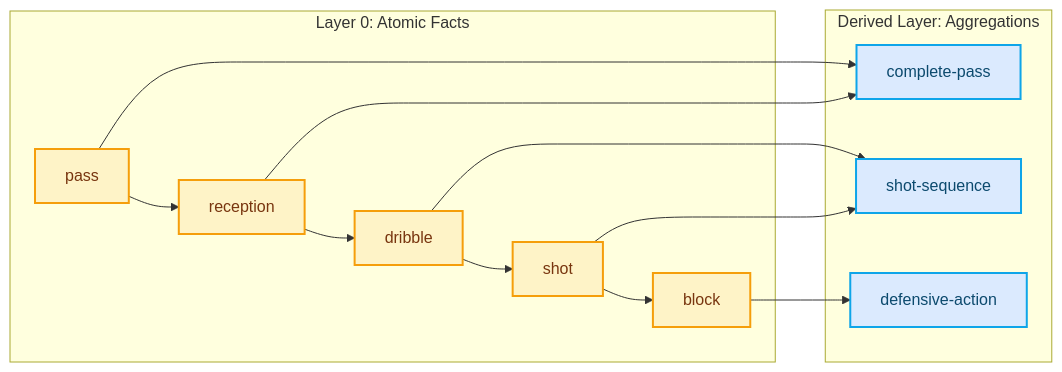
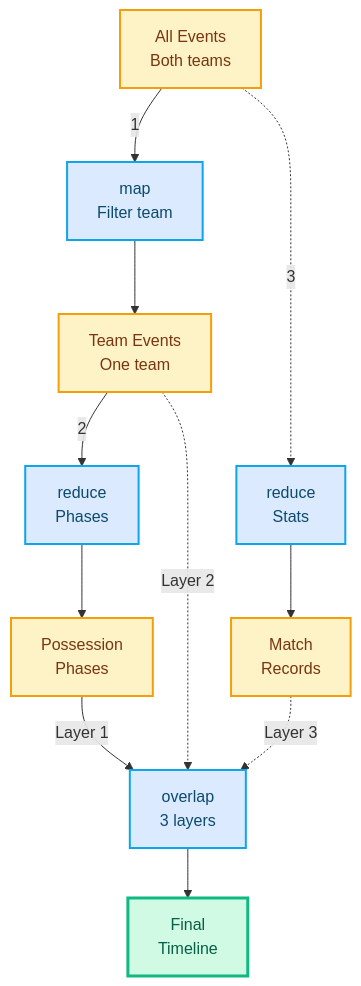
The first of 3 diagrams in src/pages/portfolio/statsbomb.mdx (saadshahd/saadshahd.github.io), drawn with Mermaid before and after one commit. The commit also changed other lines of this file and 1 other file, not shown here.

First line of the commit message:
Expand Statsbomb case study with detailed DSL examples and phase-driven architecture

````diff
--- a/src/pages/portfolio/statsbomb.mdx
+++ b/src/pages/portfolio/statsbomb.mdx
@@ -146,20 +224,46 @@
 ```mermaid
-graph LR
-    subgraph "Layer 0: Atomic Facts"
-        P1[pass] --> R1[reception]
-        R1 --> D1[dribble]
-        D1 --> S1[shot]
-        S1 --> B1[block]
-    end
+graph TD
+    L0["All Events
+    Both teams"]
 
-    subgraph "Derived Layer: Aggregations"
-        P1 & R1 --> CP[complete-pass]
-        D1 & S1 --> SOT[shot-sequence]
-        B1 --> DA[defensive-action]
-    end
+    MAP["map
+    Filter team"]
+    L1["Team Events
+    One team"]
 
-    classDef atomic fill:#FEF3C7,stroke:#F59E0B,stroke-width:2px,color:#78350F
-    classDef derived fill:#DBEAFE,stroke:#0EA5E9,stroke-width:2px,color:#0C4A6E
-    class P1,R1,D1,S1,B1 atomic
-    class CP,SOT,DA derived
+    RED1["reduce
+    Phases"]
+    L2["Possession
+    Phases"]
+
+    RED2["reduce
+    Stats"]
+    L3["Match
+    Records"]
+
+    OVL["overlap
+    3 layers"]
+    L4["Final
+    Timeline"]
+
+    L0 -->|1| MAP
+    MAP --> L1
+    L1 -->|2| RED1
+    RED1 --> L2
+
+    L0 -.->|3| RED2
+    RED2 --> L3
+
+    L2 -->|Layer 1| OVL
+    L1 -.->|Layer 2| OVL
+    L3 -.->|Layer 3| OVL
+    OVL --> L4
+
+    classDef data fill:#FEF3C7,stroke:#F59E0B,stroke-width:2px,color:#78350F
+    classDef func fill:#DBEAFE,stroke:#0EA5E9,stroke-width:2px,color:#0C4A6E
+    classDef final fill:#D1FAE5,stroke:#10B981,stroke-width:3px,color:#065F46
+
+    class L0,L1,L2,L3 data
+    class MAP,RED1,RED2,OVL func
+    class L4 final
 ```
````
